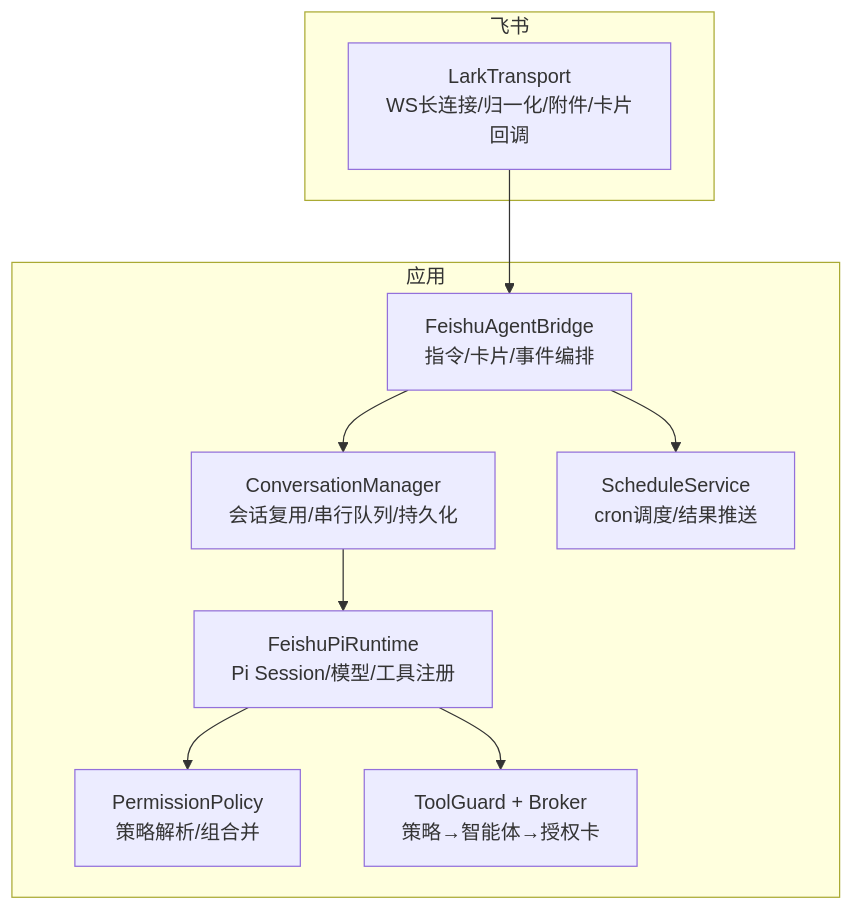
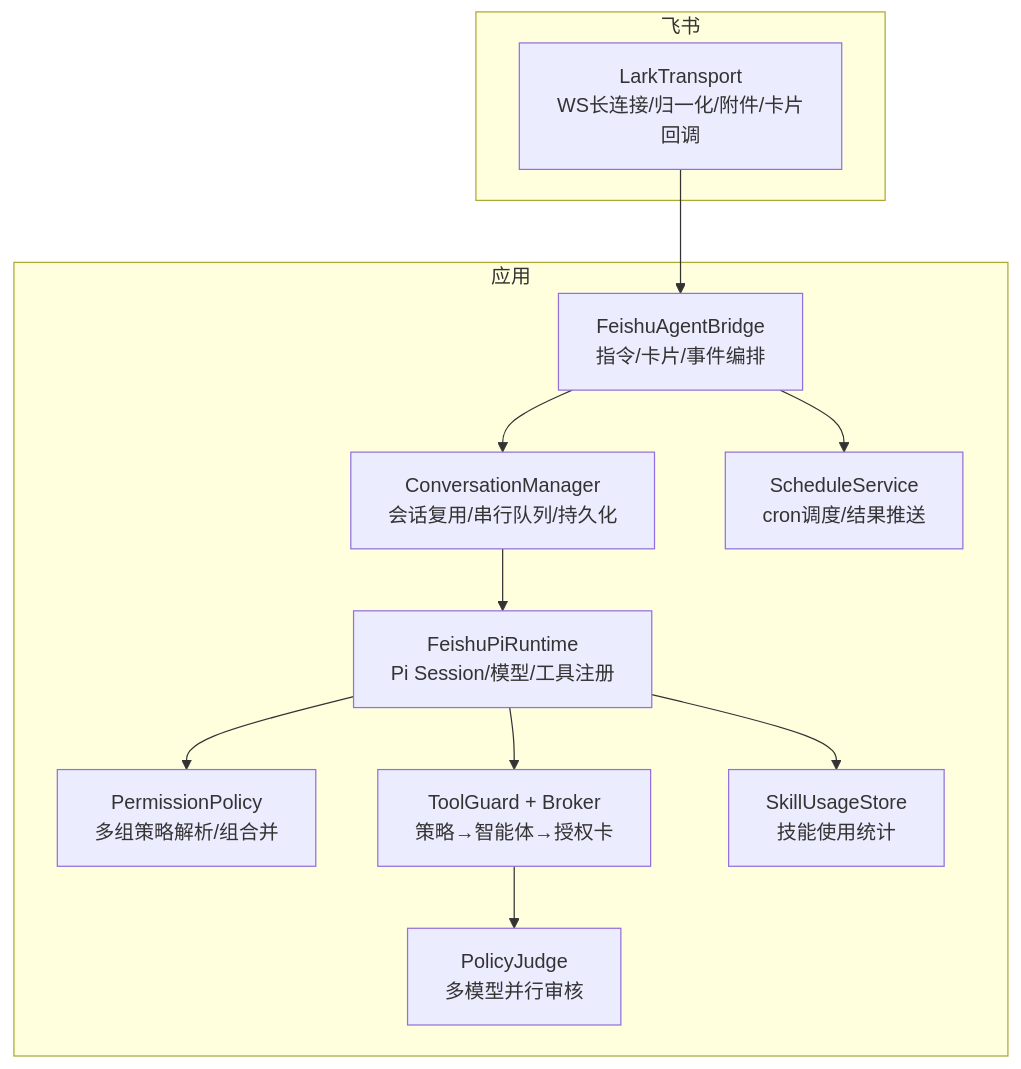
Before and after one commit to HeXiaoShu520/feishu-pi: the first of 9 diagrams in .qoder/repowiki/zh/content/架构设计/架构设计.md, drawn with Mermaid. The commit also changed other lines of this file and 47 other files, not shown here.

````diff
--- a/.qoder/repowiki/zh/content/架构设计/架构设计.md
+++ b/.qoder/repowiki/zh/content/架构设计/架构设计.md
@@ -44,20 +57,24 @@
 ```mermaid
 graph TB
 subgraph "飞书"
 Lark["LarkTransport<br/>WS长连接/归一化/附件/卡片回调"]
 end
 subgraph "应用"
 Bridge["FeishuAgentBridge<br/>指令/卡片/事件编排"]
 CM["ConversationManager<br/>会话复用/串行队列/持久化"]
 Runtime["FeishuPiRuntime<br/>Pi Session/模型/工具注册"]
-Policy["PermissionPolicy<br/>策略解析/组合并"]
+Policy["PermissionPolicy<br/>多组策略解析/组合并"]
 Guard["ToolGuard + Broker<br/>策略→智能体→授权卡"]
+Judge["PolicyJudge<br/>多模型并行审核"]
 Schedule["ScheduleService<br/>cron调度/结果推送"]
+Stats["SkillUsageStore<br/>技能使用统计"]
 end
 Lark --> Bridge
 Bridge --> CM
 CM --> Runtime
 Runtime --> Policy
 Runtime --> Guard
+Guard --> Judge
 Bridge --> Schedule
+Runtime --> Stats
 ```
````
